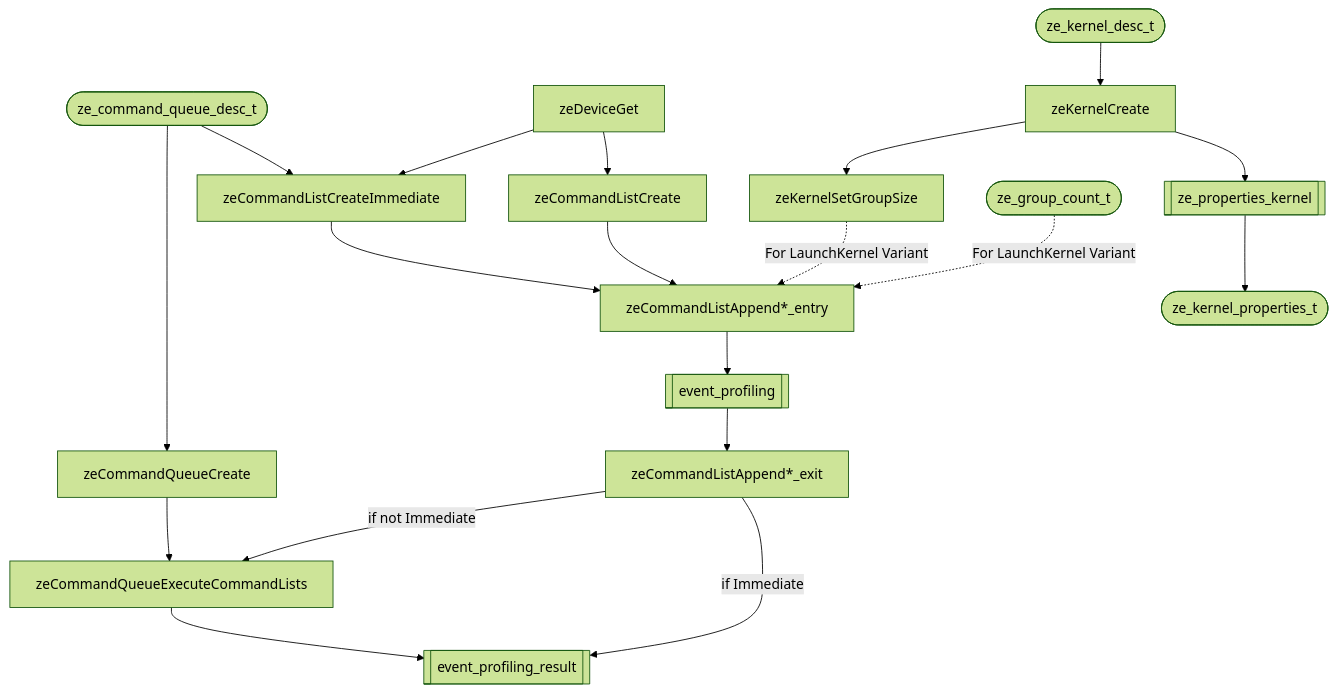
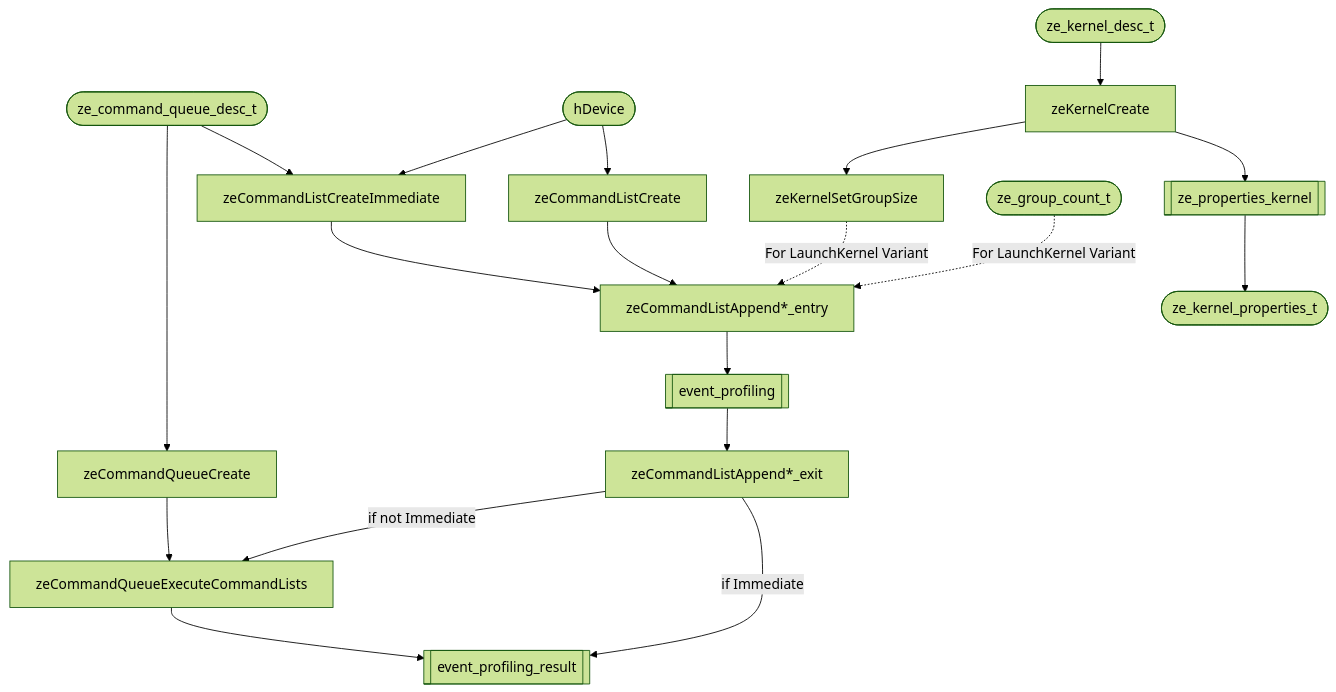
Before and after one commit to argonne-lcf/THAPI: the diagram in ze/doc.md, drawn with Mermaid (forest theme).

````diff
--- a/ze/doc.md
+++ b/ze/doc.md
@@ -3,24 +3,25 @@
 ```mermaid
 graph TD
-    q([ze_command_queue_desc_t]) 
+    q([ze_command_queue_desc_t])
     ep[[event_profiling]]
     epr[[event_profiling_result]]
     a[zeCommandListAppend*_entry]
     kp[[ze_properties_kernel]]
-    zeDeviceGet --> zeCommandListCreateImmediate
-    zeDeviceGet --> zeCommandListCreate
+    d([hDevice])
+    d --> zeCommandListCreateImmediate
+    d --> zeCommandListCreate
     q --> zeCommandQueueCreate
     q --> zeCommandListCreateImmediate
     zeCommandListCreate          --> a
     zeCommandListCreateImmediate --> a
     k([ze_kernel_desc_t]) --> zeKernelCreate
     zeKernelCreate --> zeKernelSetGroupSize -. For LaunchKernel Variant .-> a
     zeKernelCreate --> kp --> p([ze_kernel_properties_t])
     c([ze_group_count_t]) -. For LaunchKernel Variant .-> a
     a --> ep
     ep --> zeCommandListAppend*_exit
     zeCommandQueueCreate --> zeCommandQueueExecuteCommandLists
     zeCommandListAppend*_exit -- if not Immediate --> zeCommandQueueExecuteCommandLists
     zeCommandListAppend*_exit -- if Immediate--> epr
-    zeCommandQueueExecuteCommandLists --> epr   
+    zeCommandQueueExecuteCommandLists --> epr
 ```
````
